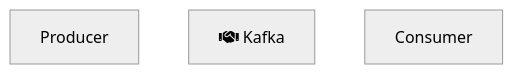
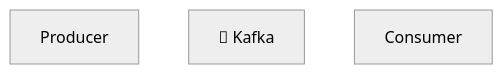
One commit to BurhanH/proxeneta changed the diagram in README.md. Above: the diagram before and after it, drawn with Mermaid (neutral theme).

````diff
--- a/README.md
+++ b/README.md
@@ -4,6 +4,6 @@
 ```mermaid
 flowchart TD;
     Producer;
-    Kafka[fa:fa-handshake Kafka];
+    Kafka[fal:fa-handshake Kafka];
     Consumer;
 ```
````
